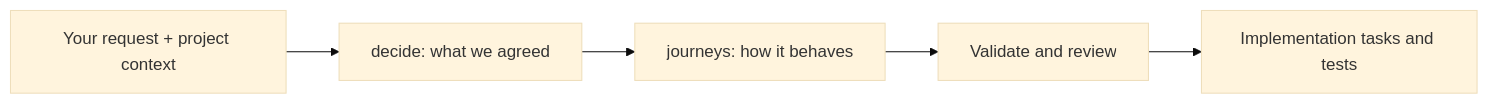
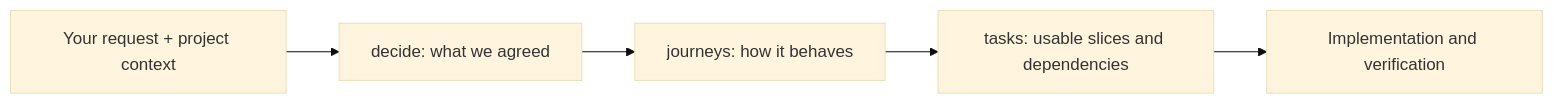
Before and after one commit to hivinaynair/agentic-skills: the diagram in README.md, drawn with Mermaid (base theme). The commit also changed other lines of this file and 21 other files, not shown here.

````diff
--- a/README.md
+++ b/README.md
@@ -16,7 +17,7 @@
 ```mermaid
 flowchart LR
     A[Your request + project context] --> B[decide: what we agreed]
     B --> C[journeys: how it behaves]
-    C --> D[Validate and review]
-    D --> E[Implementation tasks and tests]
+    C --> D[tasks: usable slices and dependencies]
+    D --> E[Implementation and verification]
 ```
````
